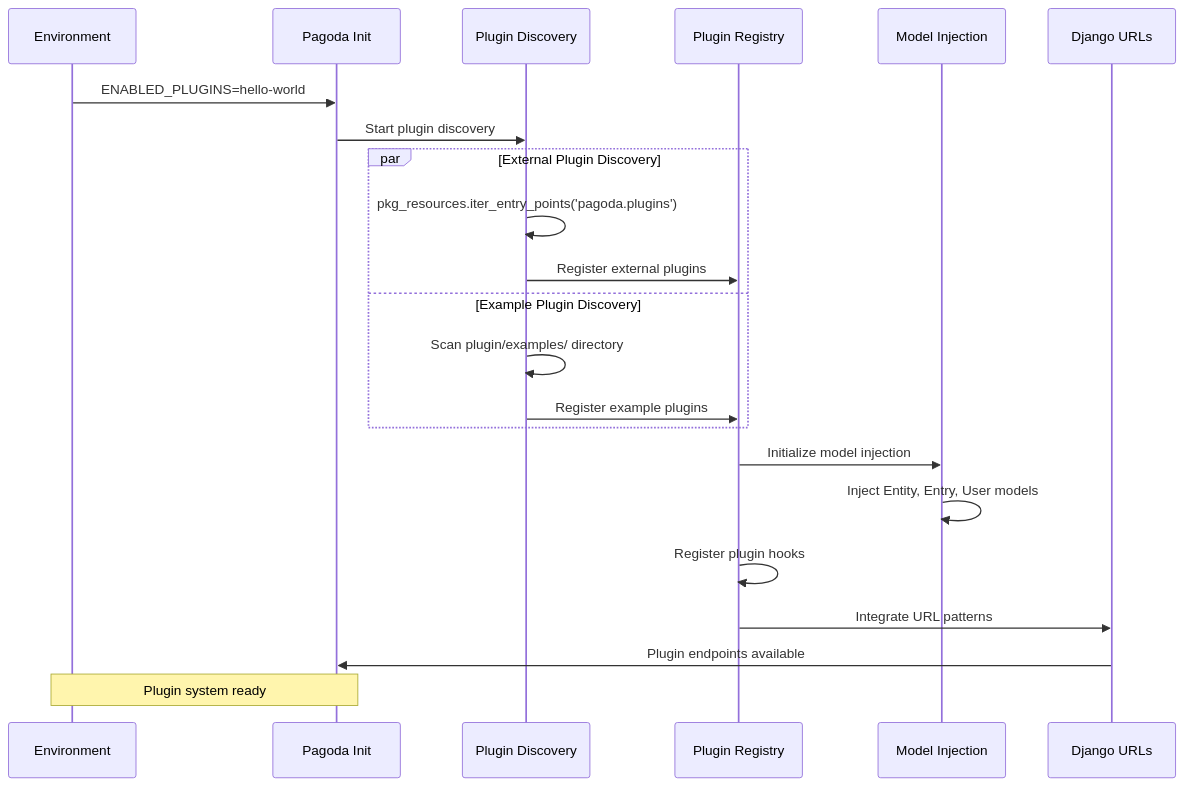
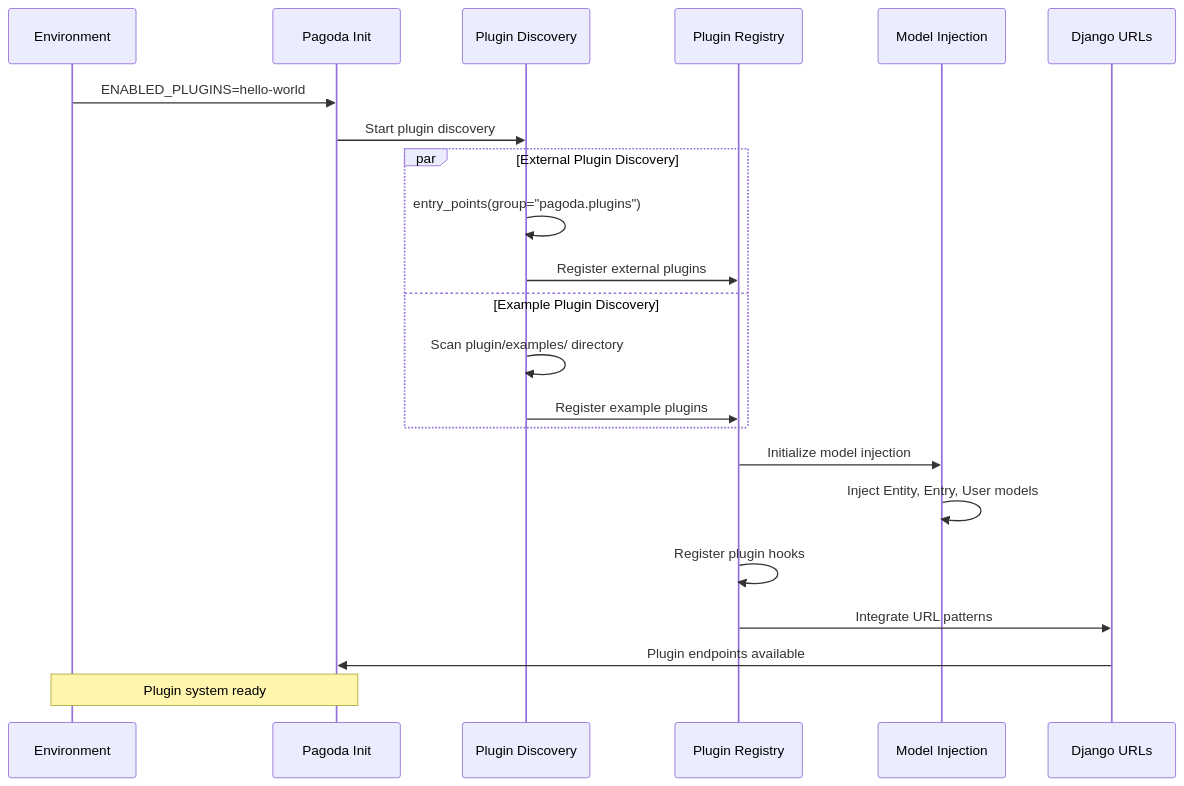
The second of 18 diagrams in docs/content/advanced/plugin_architecture_diagrams.md (dmm-com/pagoda), drawn with Mermaid before and after one commit. The commit also changed 3 other files, not shown here.

Commit message:
Replaced pkg_resources because deprecated

````diff
--- a/docs/content/advanced/plugin_architecture_diagrams.md
+++ b/docs/content/advanced/plugin_architecture_diagrams.md
@@ -56,28 +56,28 @@
 ```mermaid
 sequenceDiagram
     participant ENV as Environment
     participant AI as Pagoda Init
     participant PD as Plugin Discovery
     participant PR as Plugin Registry
     participant MI as Model Injection
     participant DU as Django URLs
 
     ENV->>AI: ENABLED_PLUGINS=hello-world
     AI->>PD: Start plugin discovery
 
     par External Plugin Discovery
-        PD->>PD: pkg_resources.iter_entry_points('pagoda.plugins')
+        PD->>PD: entry_points(group="pagoda.plugins")
         PD->>PR: Register external plugins
     and Example Plugin Discovery
         PD->>PD: Scan plugin/examples/ directory
         PD->>PR: Register example plugins
     end
 
     PR->>MI: Initialize model injection
     MI->>MI: Inject Entity, Entry, User models
     PR->>PR: Register plugin hooks
     PR->>DU: Integrate URL patterns
     DU->>AI: Plugin endpoints available
 
     Note over ENV,AI: Plugin system ready
 ```
````
